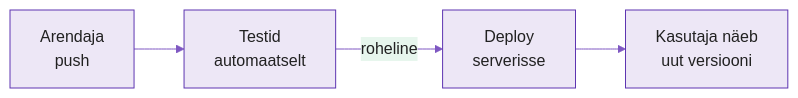
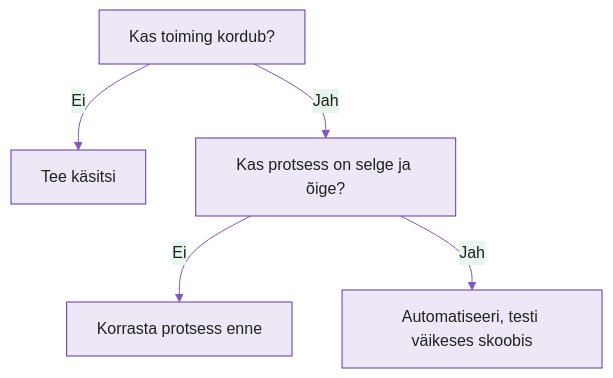
The first of 2 diagrams in docs/week01/lecture.md (hkhk-automation/devops), drawn with Mermaid before and after one commit. The commit also changed other lines of this file and 1 other file, not shown here.

````diff
--- a/docs/week01/lecture.md
+++ b/docs/week01/lecture.md
@@ -77,7 +108,8 @@
 ```mermaid
 %%{init: {'theme':'base','themeVariables':{'primaryColor':'#ede7f6','primaryBorderColor':'#5e35b1','primaryTextColor':'#212121','lineColor':'#7e57c2'}}}%%
-graph LR
-    A[Arendaja<br/>push] --> B[Testid<br/>automaatselt]
-    B -->|roheline| C[Deploy<br/>serverisse]
-    C --> D[Kasutaja näeb<br/>uut versiooni]
+flowchart TD
+    A[Kas toiming kordub?] -->|Ei| B[Tee käsitsi]
+    A -->|Jah| C[Kas protsess on selge ja õige?]
+    C -->|Ei| D[Korrasta protsess enne]
+    C -->|Jah| E[Automatiseeri, testi väikeses skoobis]
 ```
````
